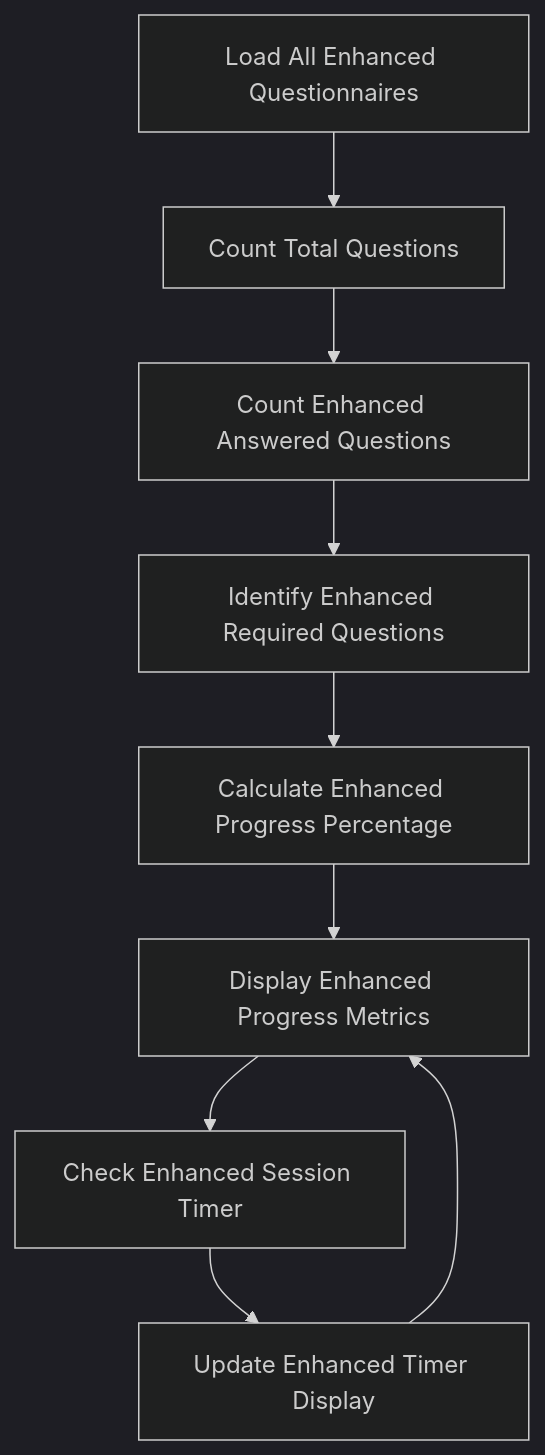
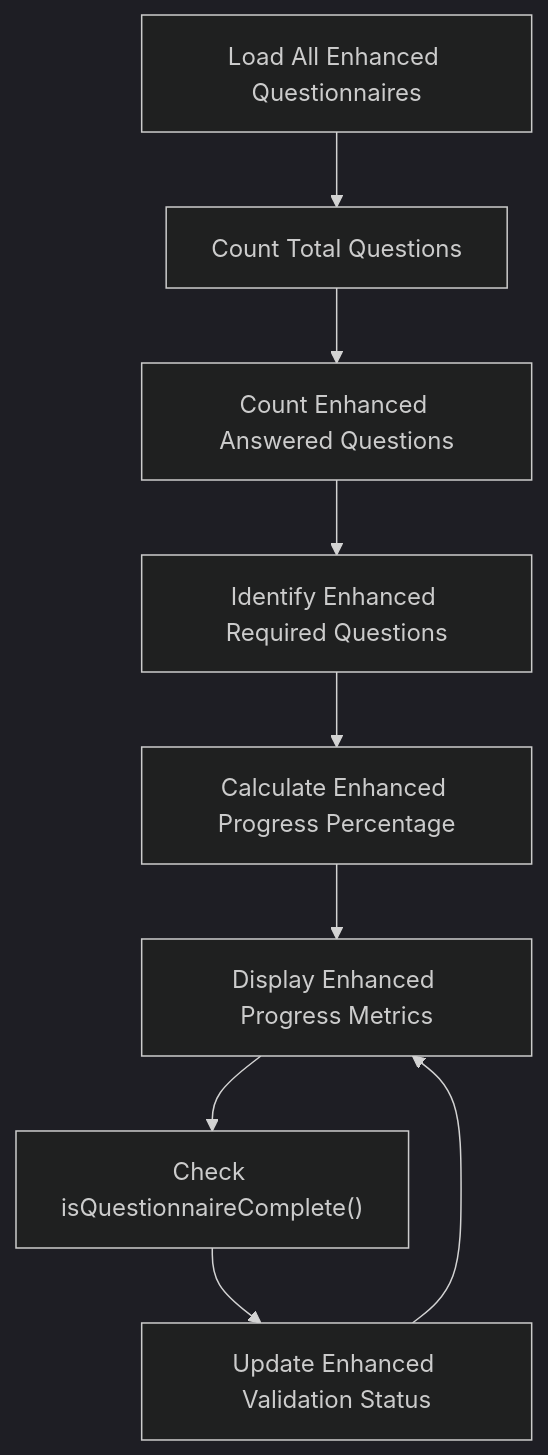
Before and after one commit to rudicatsmile/assesment360: the eighth of 9 diagrams in .qoder/repowiki/en/content/Core Features/Evaluation Workflows/Questionnaire Filling Interface.md, drawn with Mermaid (dark theme). The commit also changed other lines of this file and 5 other files, not shown here.

````diff
--- a/.qoder/repowiki/en/content/Core Features/Evaluation Workflows/Questionnaire Filling Interface.md
+++ b/.qoder/repowiki/en/content/Core Features/Evaluation Workflows/Questionnaire Filling Interface.md
@@ -491,11 +493,11 @@
 ```mermaid
 flowchart TD
 Load["Load All Enhanced Questionnaires"] --> Count["Count Total Questions"]
 Count --> Answered["Count Enhanced Answered Questions"]
 Answered --> Required["Identify Enhanced Required Questions"]
 Required --> Calculate["Calculate Enhanced Progress Percentage"]
 Calculate --> Display["Display Enhanced Progress Metrics"]
-Display --> CheckTime["Check Enhanced Session Timer"]
-CheckTime --> UpdateTimer["Update Enhanced Timer Display"]
-UpdateTimer --> Display
+Display --> CheckComplete["Check isQuestionnaireComplete()"]
+CheckComplete --> UpdateStatus["Update Enhanced Validation Status"]
+UpdateStatus --> Display
 ```
````
